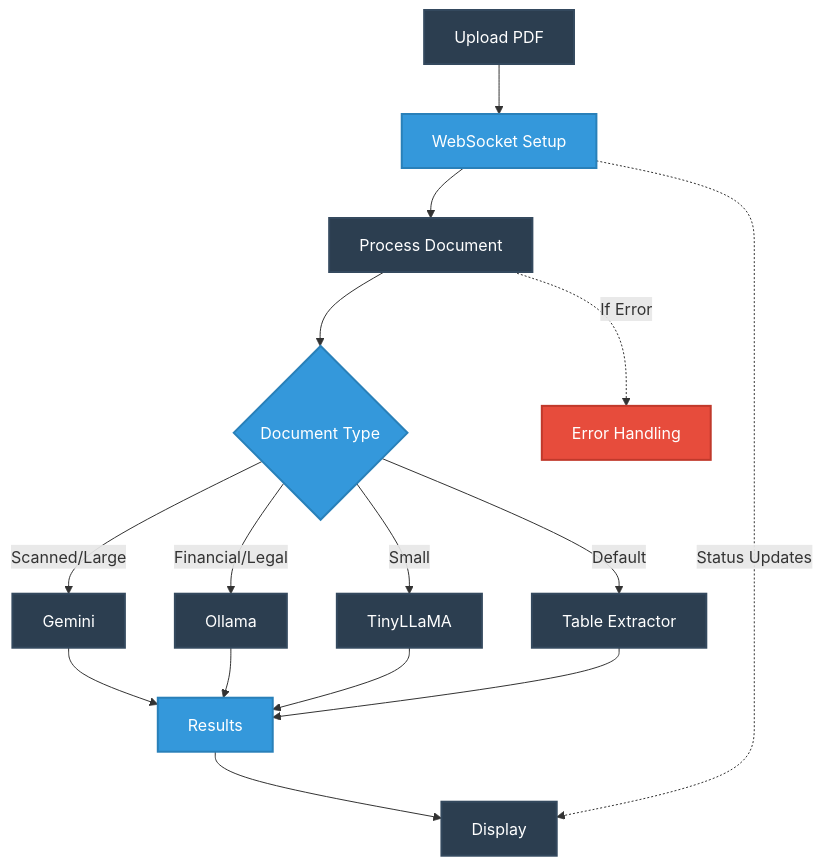
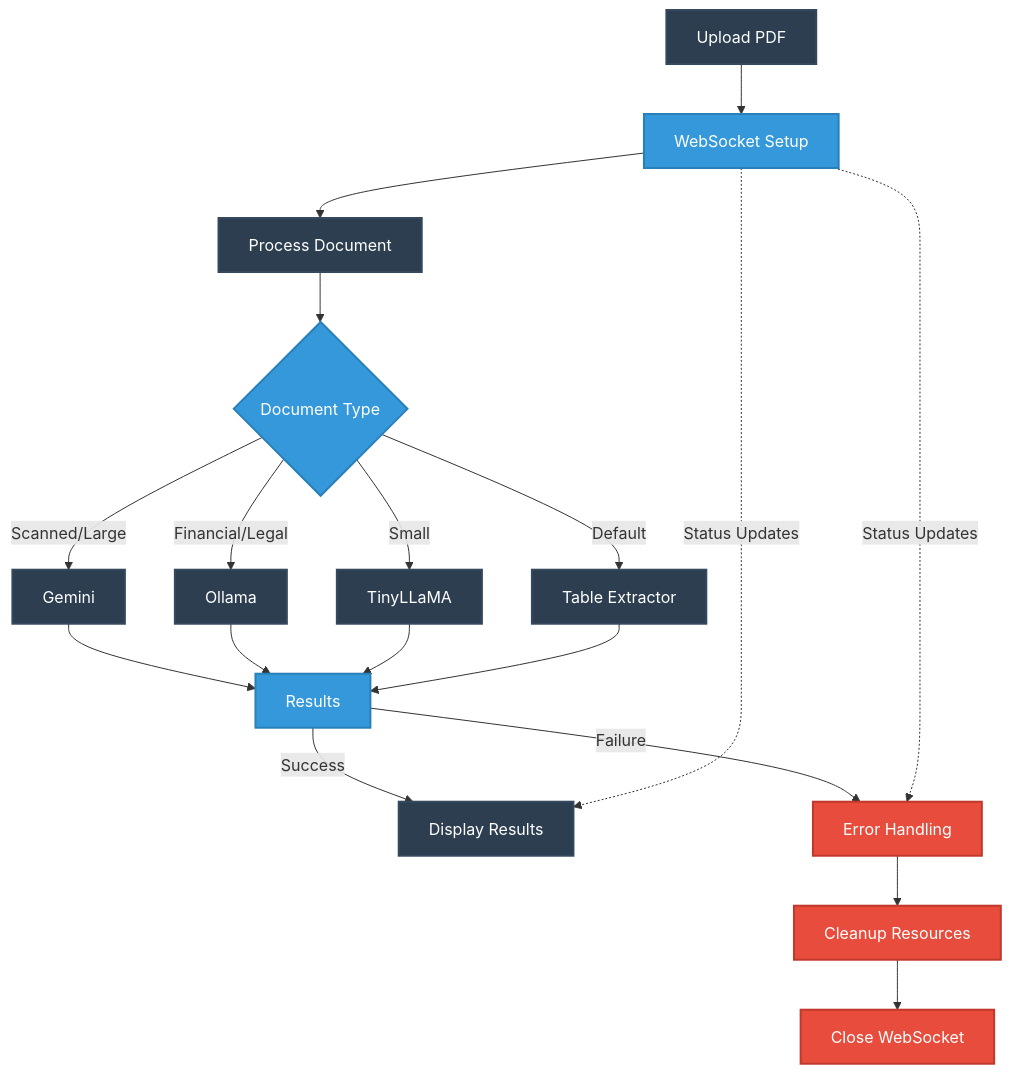
One commit to pharshithaa/document-processing-system changed the diagram in README.md. Above: the diagram before and after it, drawn with Mermaid. The commit also changed other lines of this file, not shown here.

````diff
--- a/README.md
+++ b/README.md
@@ -9,37 +9,44 @@
 ```mermaid
 graph TD
     %% Main Flow
     A[Upload PDF] --> B[WebSocket Setup]
     B --> C[Process Document]
     
     %% Processing
     C --> D{Document Type}
     D -->|Scanned/Large| E[Gemini]
     D -->|Financial/Legal| F[Ollama]
     D -->|Small| G[TinyLLaMA]
     D -->|Default| H[Table Extractor]
     
     %% Results
     E --> I[Results]
     F --> I
     G --> I
     H --> I
     
-    %% Error & Status
-    I --> J[Display]
+    %% Success & Failure Paths
+    I -->|Success| J[Display Results]
+    I -->|Failure| K[Error Handling]
+    K --> L[Cleanup Resources]
+    L --> M[Close WebSocket]
+    
+    %% Status Updates
     B -.->|Status Updates| J
-    C -.->|If Error| K[Error Handling]
+    B -.->|Status Updates| K
     
     %% Styling - Professional Blue Theme
     style A fill:#2c3e50,stroke:#34495e,stroke-width:2px,color:#fff
     style B fill:#3498db,stroke:#2980b9,stroke-width:2px,color:#fff
     style C fill:#2c3e50,stroke:#34495e,stroke-width:2px,color:#fff
     style D fill:#3498db,stroke:#2980b9,stroke-width:2px,color:#fff
     style E fill:#2c3e50,stroke:#34495e,stroke-width:2px,color:#fff
     style F fill:#2c3e50,stroke:#34495e,stroke-width:2px,color:#fff
     style G fill:#2c3e50,stroke:#34495e,stroke-width:2px,color:#fff
     style H fill:#2c3e50,stroke:#34495e,stroke-width:2px,color:#fff
     style I fill:#3498db,stroke:#2980b9,stroke-width:2px,color:#fff
     style J fill:#2c3e50,stroke:#34495e,stroke-width:2px,color:#fff
     style K fill:#e74c3c,stroke:#c0392b,stroke-width:2px,color:#fff
+    style L fill:#e74c3c,stroke:#c0392b,stroke-width:2px,color:#fff
+    style M fill:#e74c3c,stroke:#c0392b,stroke-width:2px,color:#fff
 ```
````
